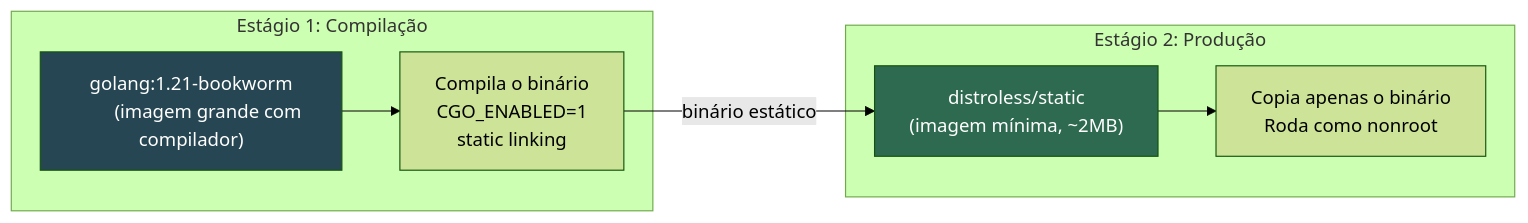
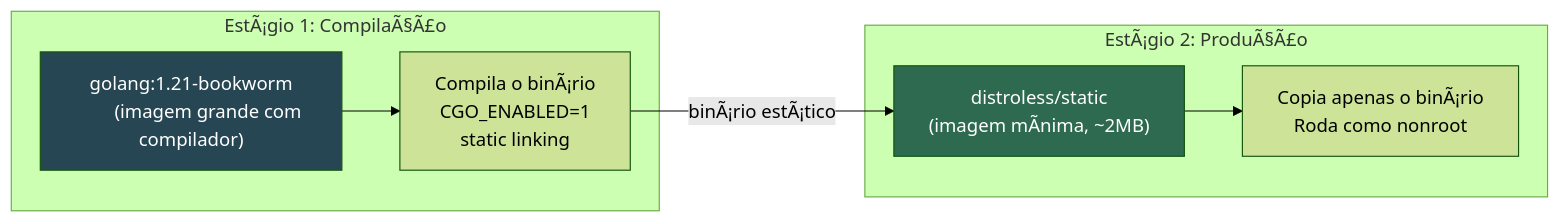
Before and after one commit to scovl/ollanta: diagram 15 of 17 in docs/arquitetura.md, drawn with Mermaid (forest theme). The commit also changed other lines of this file and 3 other files, not shown here.

Commit message:
docs: update architecture and observability notes

````diff
--- a/docs/arquitetura.md
+++ b/docs/arquitetura.md
@@ -1101,20 +1101,20 @@
 ```mermaid
 flowchart LR
-    subgraph "Estágio 1: Compilação"
+    subgraph "EstÃ¡gio 1: CompilaÃ§Ã£o"
         A["golang:1.21-bookworm
-        (imagem grande com compilador)"] --> B["Compila o binário
+        (imagem grande com compilador)"] --> B["Compila o binÃ¡rio
         CGO_ENABLED=1
         static linking"]
     end
 
-    subgraph "Estágio 2: Produção"
+    subgraph "EstÃ¡gio 2: ProduÃ§Ã£o"
         C["distroless/static
-        (imagem mínima, ~2MB)"] --> D["Copia apenas o binário
+        (imagem mÃ­nima, ~2MB)"] --> D["Copia apenas o binÃ¡rio
         Roda como nonroot"]
     end
 
-    B -->|"binário estático"| C
+    B -->|"binÃ¡rio estÃ¡tico"| C
 
     style A fill:#264653,color:#fff
     style C fill:#2d6a4f,color:#fff
 ```
````
